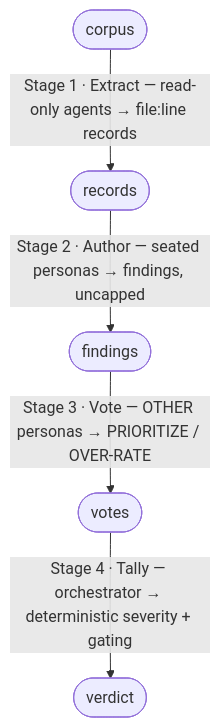
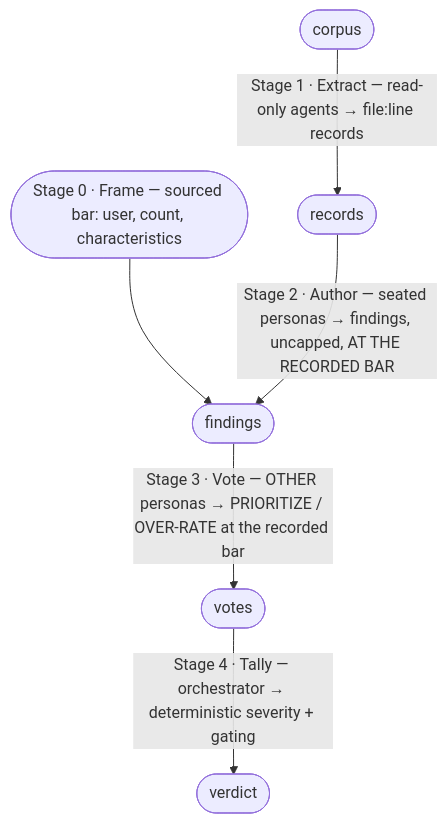
One commit to zaytsevand/chorus changed the diagram in skill/chorus-review/GATE-PRIMITIVE.md. Above: the diagram before and after it, drawn with Mermaid. The commit also changed other lines of this file and 8 other files, not shown here.

First line of the commit message:
Frame check (Stage 0) — the gate can no longer review against an unexamined bar

````diff
--- a/skill/chorus-review/GATE-PRIMITIVE.md
+++ b/skill/chorus-review/GATE-PRIMITIVE.md
@@ -16,7 +17,8 @@
 ```mermaid
 flowchart TD
+    frame([Stage 0 · Frame — sourced bar: user, count, characteristics]) --> findings
     corpus([corpus]) -->|"Stage 1 · Extract — read-only agents → file:line records"| records([records])
-    records -->|"Stage 2 · Author — seated personas → findings, uncapped"| findings([findings])
-    findings -->|"Stage 3 · Vote — OTHER personas → PRIORITIZE / OVER-RATE"| votes([votes])
+    records -->|"Stage 2 · Author — seated personas → findings, uncapped, AT THE RECORDED BAR"| findings([findings])
+    findings -->|"Stage 3 · Vote — OTHER personas → PRIORITIZE / OVER-RATE at the recorded bar"| votes([votes])
     votes -->|"Stage 4 · Tally — orchestrator → deterministic severity + gating"| verdict([verdict])
 ```
````
